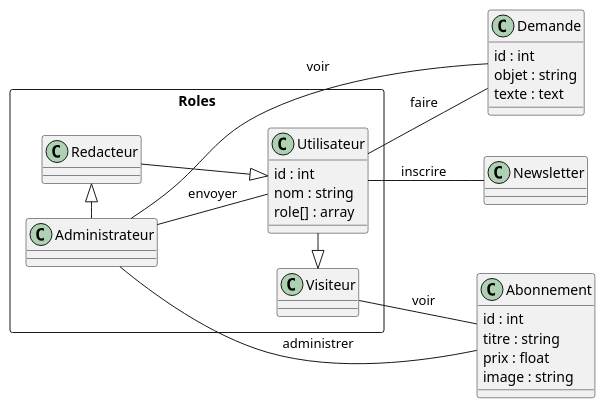
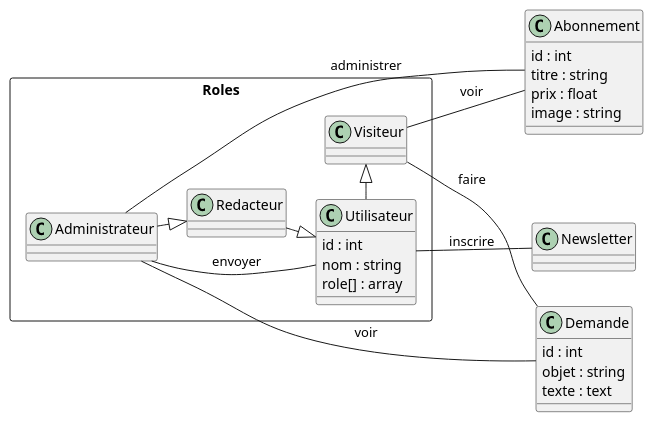
The diagram in docs/Sprint2/Diagramme de classe.puml (lepetitglacon/SIO_musculation), drawn with PlantUML before and after one commit. The commit also changed 4 other files, not shown here.

```diff
--- a/docs/Sprint2/Diagramme de classe.puml
+++ b/docs/Sprint2/Diagramme de classe.puml
@@ -1,43 +1,43 @@
 @startuml
 left to right direction
 rectangle Roles{
     class Utilisateur{
         id : int
         nom : string
         role[] : array
     }
     class Visiteur{}
     class Redacteur{}
     class Administrateur{}
 }
 
 class Abonnement{
     id : int
     titre : string
     prix : float
     image : string
 }
 class Newsletter{
 }
 class Demande{
     id : int
     objet : string
     texte : text
 }
 
 Utilisateur -|> Visiteur
-Redacteur --|> Utilisateur
+Redacteur -|> Utilisateur
 Administrateur -|> Redacteur
 
 Administrateur -- Abonnement : administrer
 Administrateur -- Demande : voir
 Administrateur -- Utilisateur : envoyer
 
 Utilisateur -- Newsletter : inscrire
-Utilisateur -- Demande : faire
 
+Visiteur -- Demande : faire
 Visiteur -- Abonnement : voir
 
 
 
 @enduml
```
